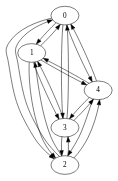
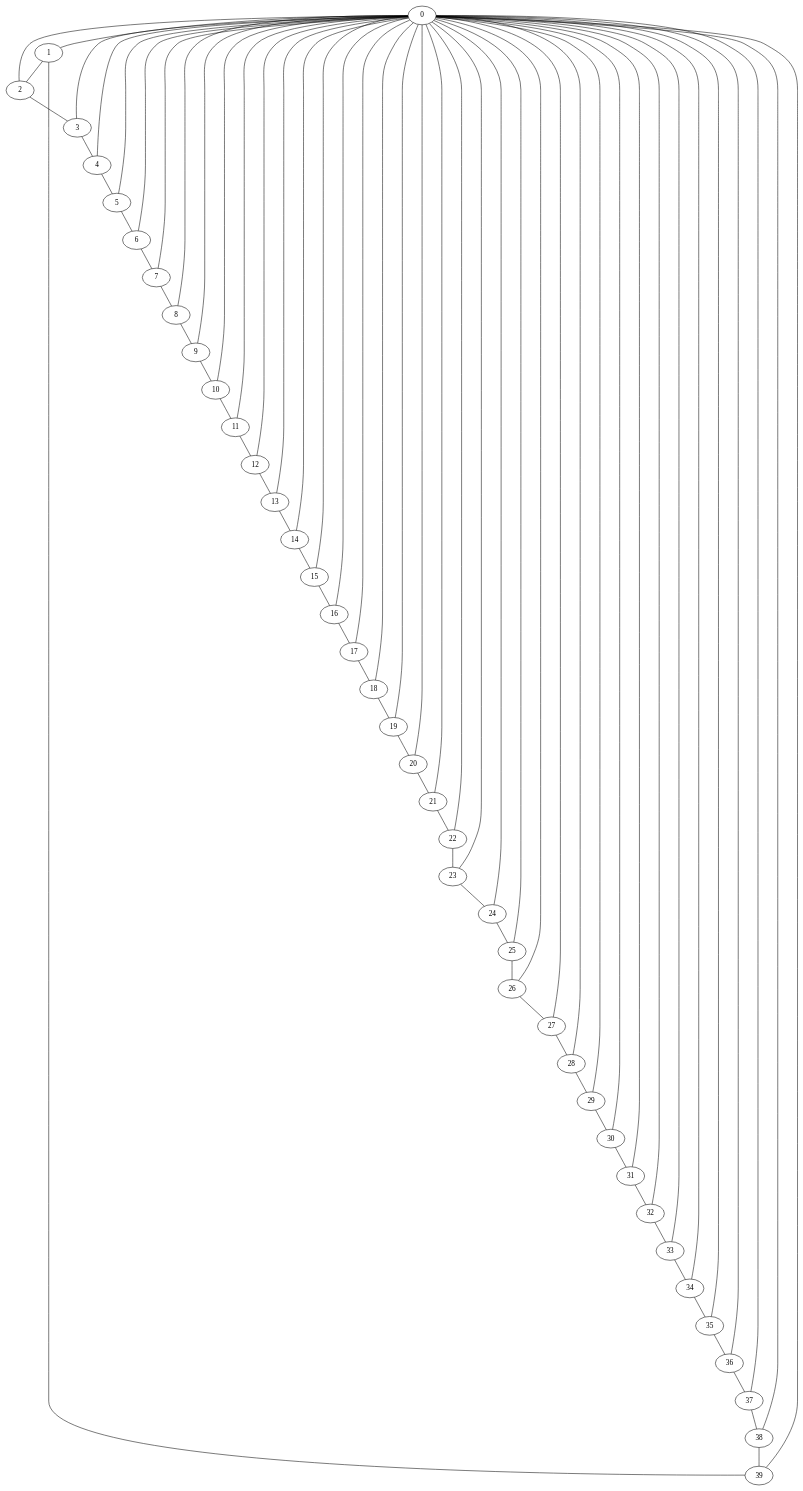
Before and after one commit to valentinodg/hedonic: the diagram in generator/gen/a/a.dot, drawn with Graphviz. The commit also changed 11 other files, not shown here.

```diff
--- a/generator/gen/a/a.dot
+++ b/generator/gen/a/a.dot
@@ -1,27 +1,120 @@
-digraph  {
+graph  {
 0;
 1;
 2;
 3;
 4;
-0 -> 1  [key=0, weight="4.12"];
-0 -> 2  [key=0, weight="3.85"];
-0 -> 3  [key=0, weight="4.97"];
-0 -> 4  [key=0, weight="4.95"];
-1 -> 0  [key=0, weight="4.61"];
-1 -> 2  [key=0, weight="4.42"];
-1 -> 3  [key=0, weight="4.26"];
-1 -> 4  [key=0, weight="4.27"];
-2 -> 0  [key=0, weight="4.74"];
-2 -> 1  [key=0, weight="3.39"];
-2 -> 3  [key=0, weight="3.19"];
-2 -> 4  [key=0, weight="4.85"];
-3 -> 0  [key=0, weight="4.25"];
-3 -> 1  [key=0, weight="3.23"];
-3 -> 2  [key=0, weight="4.64"];
-3 -> 4  [key=0, weight="3.22"];
-4 -> 0  [key=0, weight="4.68"];
-4 -> 1  [key=0, weight="4.5"];
-4 -> 2  [key=0, weight="4.85"];
-4 -> 3  [key=0, weight="3.2"];
+5;
+6;
+7;
+8;
+9;
+10;
+11;
+12;
+13;
+14;
+15;
+16;
+17;
+18;
+19;
+20;
+21;
+22;
+23;
+24;
+25;
+26;
+27;
+28;
+29;
+30;
+31;
+32;
+33;
+34;
+35;
+36;
+37;
+38;
+39;
+0 -- 1  [key=0, weight="3.68"];
+0 -- 2  [key=0, weight="6.65"];
+0 -- 3  [key=0, weight="60.12"];
+0 -- 4  [key=0, weight="51.89"];
+0 -- 5  [key=0, weight="20.13"];
+0 -- 6  [key=0, weight="11.68"];
+0 -- 7  [key=0, weight="53.3"];
+0 -- 8  [key=0, weight="43.03"];
+0 -- 9  [key=0, weight="19.01"];
+0 -- 10  [key=0, weight="50.53"];
+0 -- 11  [key=0, weight="45.11"];
+0 -- 12  [key=0, weight="78.84"];
+0 -- 13  [key=0, weight="88.23"];
+0 -- 14  [key=0, weight="66.62"];
+0 -- 15  [key=0, weight="85.67"];
+0 -- 16  [key=0, weight="46.68"];
+0 -- 17  [key=0, weight="79.6"];
+0 -- 18  [key=0, weight="84.87"];
+0 -- 19  [key=0, weight="68.59"];
+0 -- 20  [key=0, weight="44.65"];
+0 -- 21  [key=0, weight="93.19"];
+0 -- 22  [key=0, weight="92.58"];
+0 -- 23  [key=0, weight="32.67"];
+0 -- 24  [key=0, weight="91.89"];
+0 -- 25  [key=0, weight="5.93"];
+0 -- 26  [key=0, weight="12.66"];
+0 -- 27  [key=0, weight="13.13"];
+0 -- 28  [key=0, weight="55.86"];
+0 -- 29  [key=0, weight="32.36"];
+0 -- 30  [key=0, weight="40.04"];
+0 -- 31  [key=0, weight="66.45"];
+0 -- 32  [key=0, weight="30.99"];
+0 -- 33  [key=0, weight="53.28"];
+0 -- 34  [key=0, weight="43.14"];
+0 -- 35  [key=0, weight="81.66"];
+0 -- 36  [key=0, weight="12.96"];
+0 -- 37  [key=0, weight="61.7"];
+0 -- 38  [key=0, weight="65.44"];
+0 -- 39  [key=0, weight="76.17"];
+1 -- 2  [key=0, weight="24.07"];
+1 -- 39  [key=0, weight="59.68"];
+2 -- 3  [key=0, weight="91.5"];
+3 -- 4  [key=0, weight="86.84"];
+4 -- 5  [key=0, weight="42.94"];
+5 -- 6  [key=0, weight="36.27"];
+6 -- 7  [key=0, weight="63.2"];
+7 -- 8  [key=0, weight="40.15"];
+8 -- 9  [key=0, weight="98.76"];
+9 -- 10  [key=0, weight="81.92"];
+10 -- 11  [key=0, weight="85.35"];
+11 -- 12  [key=0, weight="98.64"];
+12 -- 13  [key=0, weight="85.58"];
+13 -- 14  [key=0, weight="6.96"];
+14 -- 15  [key=0, weight="73.14"];
+15 -- 16  [key=0, weight="16.24"];
+16 -- 17  [key=0, weight="32.42"];
+17 -- 18  [key=0, weight="81.18"];
+18 -- 19  [key=0, weight="61.86"];
+19 -- 20  [key=0, weight="10.61"];
+20 -- 21  [key=0, weight="40.48"];
+21 -- 22  [key=0, weight="82.3"];
+22 -- 23  [key=0, weight="45.87"];
+23 -- 24  [key=0, weight="2.29"];
+24 -- 25  [key=0, weight="33.14"];
+25 -- 26  [key=0, weight="68.77"];
+26 -- 27  [key=0, weight="20.6"];
+27 -- 28  [key=0, weight="17.96"];
+28 -- 29  [key=0, weight="15.24"];
+29 -- 30  [key=0, weight="9.3"];
+30 -- 31  [key=0, weight="37.81"];
+31 -- 32  [key=0, weight="40.1"];
+32 -- 33  [key=0, weight="52.42"];
+33 -- 34  [key=0, weight="91.24"];
+34 -- 35  [key=0, weight="63.19"];
+35 -- 36  [key=0, weight="1.87"];
+36 -- 37  [key=0, weight="64.18"];
+37 -- 38  [key=0, weight="82.46"];
+38 -- 39  [key=0, weight="32.05"];
 }
```
